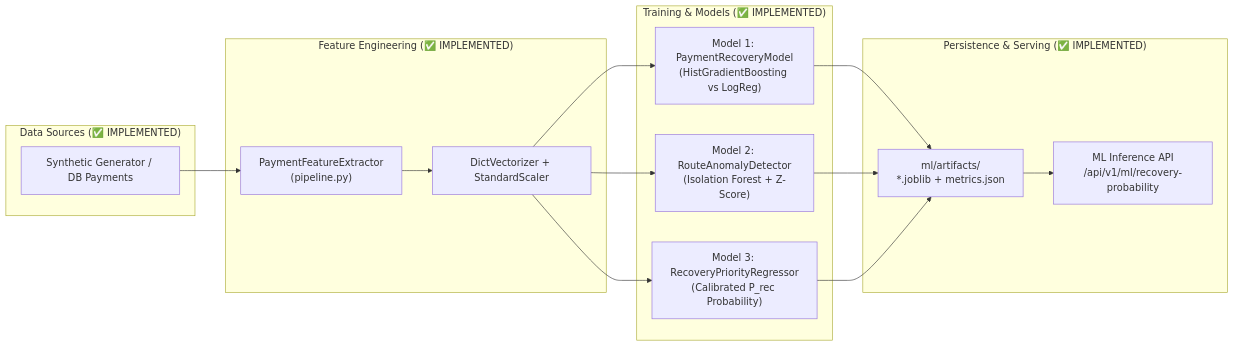
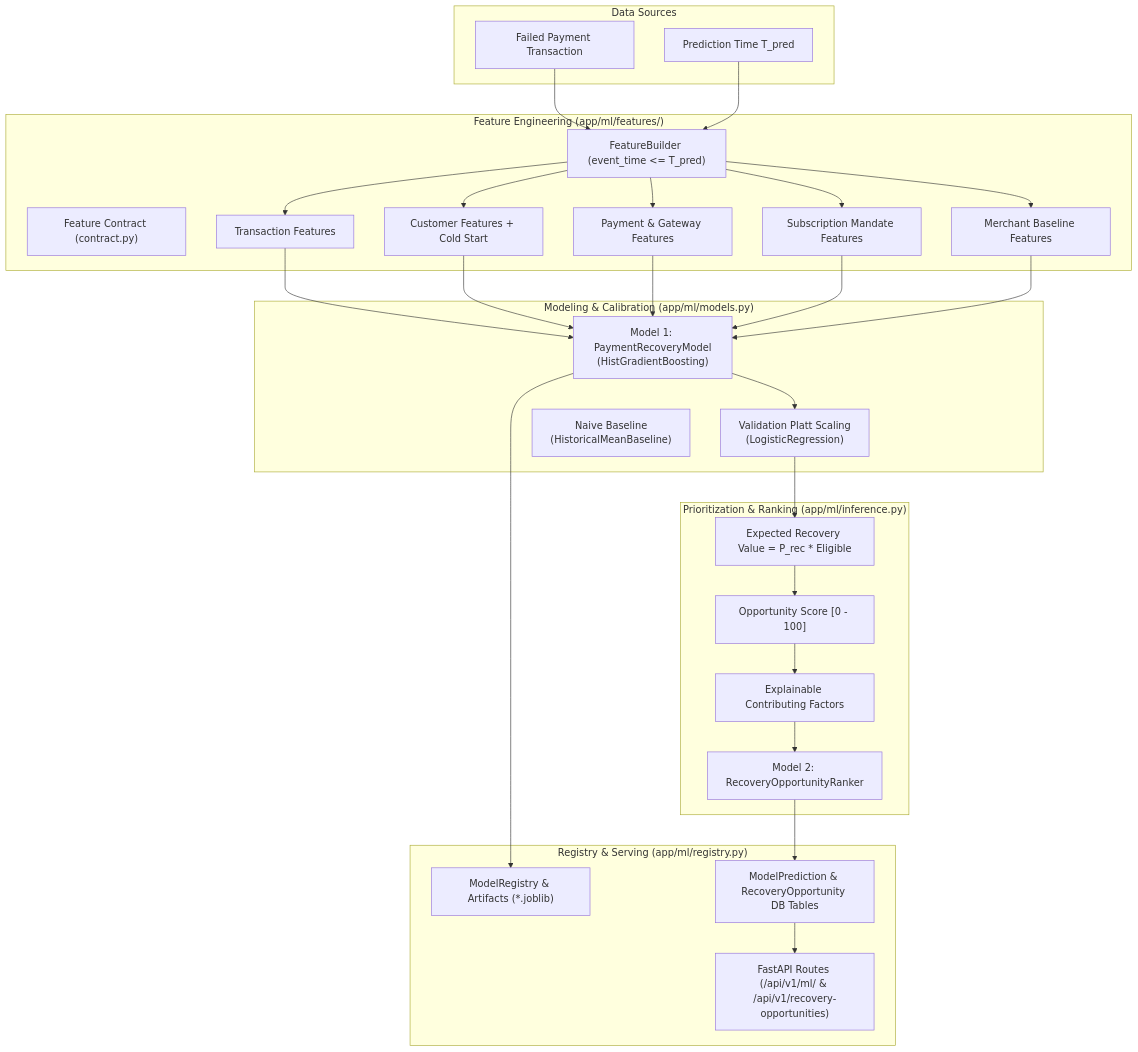
One commit to Kavinraj696/RevenueOS changed the diagram in docs/ML.md. Above: the diagram before and after it, drawn with Mermaid. The commit also changed other lines of this file and 104 other files, not shown here.

````diff
--- a/docs/ML.md
+++ b/docs/ML.md
@@ -13,28 +18,42 @@
 ```mermaid
-flowchart LR
-    subgraph Data Sources ["Data Sources (✅ IMPLEMENTED)"]
-        SYN["Synthetic Generator / DB Payments"]
+flowchart TD
+    subgraph Data Sources
+        PAY["Failed Payment Transaction"]
+        TP["Prediction Time T_pred"]
     end
 
-    subgraph Feature Engineering ["Feature Engineering (✅ IMPLEMENTED)"]
-        EXT["PaymentFeatureExtractor<br/>(pipeline.py)"]
-        VEC["DictVectorizer + StandardScaler"]
+    subgraph Feature Engineering ["Feature Engineering (app/ml/features/)"]
+        CONTR["Feature Contract (contract.py)"]
+        FBUILD["FeatureBuilder (event_time <= T_pred)"]
+        TX_F["Transaction Features"]
+        CUST_F["Customer Features + Cold Start"]
+        PAY_F["Payment & Gateway Features"]
+        SUB_F["Subscription Mandate Features"]
+        MER_F["Merchant Baseline Features"]
     end
 
-    subgraph Training & Models ["Training & Models (✅ IMPLEMENTED)"]
-        M1["Model 1: PaymentRecoveryModel<br/>(HistGradientBoosting vs LogReg)"]
-        M2["Model 2: RouteAnomalyDetector<br/>(Isolation Forest + Z-Score)"]
-        M3["Model 3: RecoveryPriorityRegressor<br/>(Calibrated P_rec Probability)"]
+    subgraph Modeling & Calibration ["Modeling & Calibration (app/ml/models.py)"]
+        M1["Model 1: PaymentRecoveryModel<br/>(HistGradientBoosting)"]
+        PLATT["Validation Platt Scaling<br/>(LogisticRegression)"]
+        BASE["Naive Baseline<br/>(HistoricalMeanBaseline)"]
     end
 
-    subgraph Persistence & Serving ["Persistence & Serving (✅ IMPLEMENTED)"]
-        ART["ml/artifacts/<br/>*.joblib + metrics.json"]
-        INF["ML Inference API<br/>/api/v1/ml/recovery-probability"]
+    subgraph Prioritization & Ranking ["Prioritization & Ranking (app/ml/inference.py)"]
+        M2["Model 2: RecoveryOpportunityRanker"]
+        ERV["Expected Recovery Value = P_rec * Eligible"]
+        SCORE["Opportunity Score [0 - 100]"]
+        EXP["Explainable Contributing Factors"]
     end
 
-    SYN --> EXT
-    EXT --> VEC
-    VEC --> M1 & M2 & M3
-    M1 & M2 & M3 --> ART
-    ART --> INF
+    subgraph Registry & Serving ["Registry & Serving (app/ml/registry.py)"]
+        REG["ModelRegistry & Artifacts (*.joblib)"]
+        API["FastAPI Routes (/api/v1/ml/ & /api/v1/recovery-opportunities)"]
+        AUDIT["ModelPrediction & RecoveryOpportunity DB Tables"]
+    end
+
+    PAY & TP --> FBUILD
+    FBUILD --> TX_F & CUST_F & PAY_F & SUB_F & MER_F --> M1
+    M1 --> PLATT --> ERV --> SCORE --> EXP --> M2
+    M2 --> AUDIT --> API
+    M1 --> REG
 ```
````
